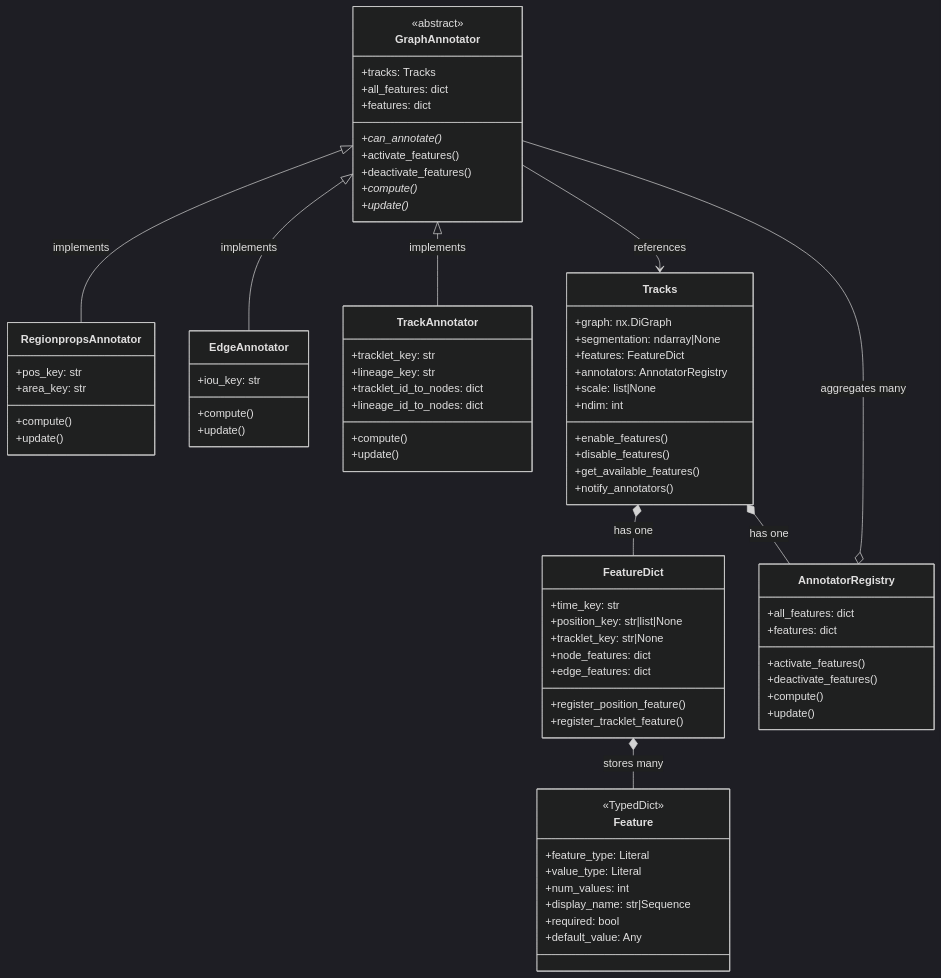
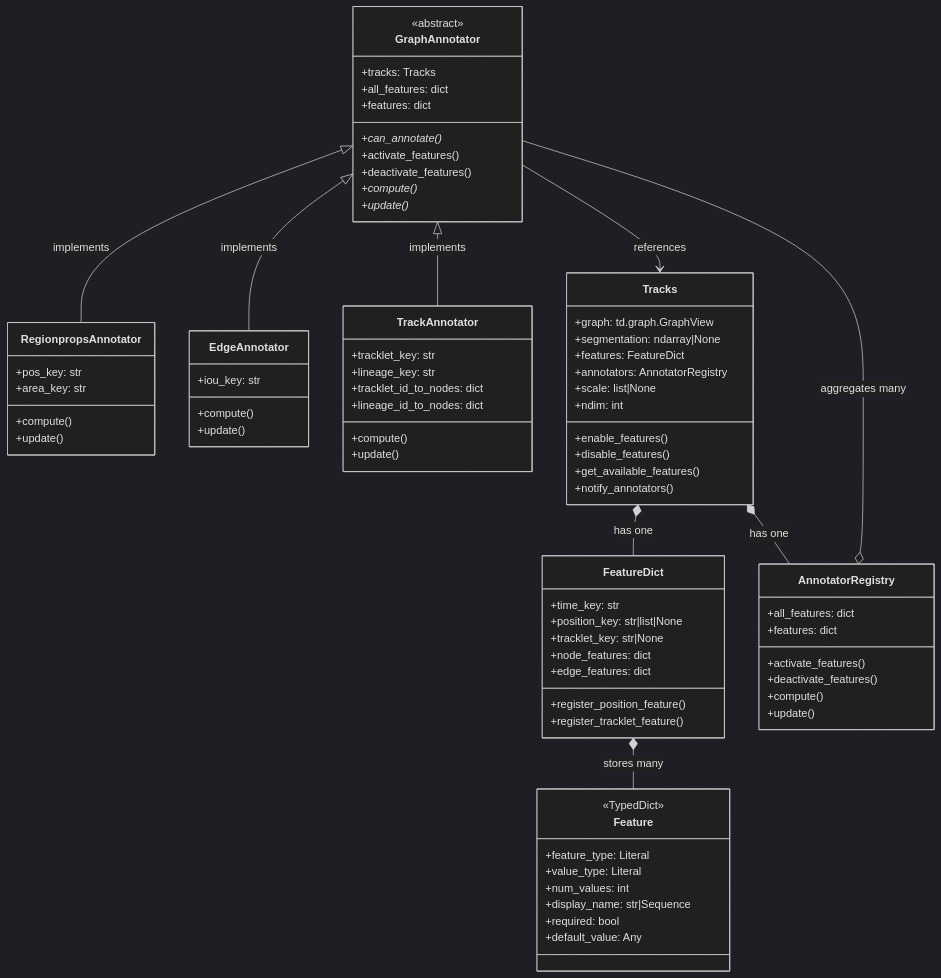
One commit to funkelab/funtracks changed the diagram in docs/features.md. Above: the diagram before and after it, drawn with Mermaid (dark theme). The commit also changed 26 other files, not shown here.

```diff
--- a/docs/features.md
+++ b/docs/features.md
@@ -150,7 +150,7 @@
     }
 
     class Tracks {
-        +graph: nx.DiGraph
+        +graph: td.graph.GraphView
         +segmentation: ndarray|None
         +features: FeatureDict
         +annotators: AnnotatorRegistry
```
